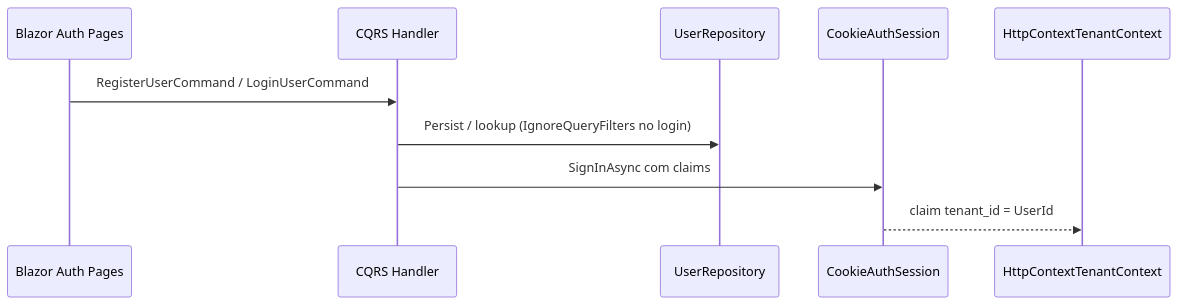
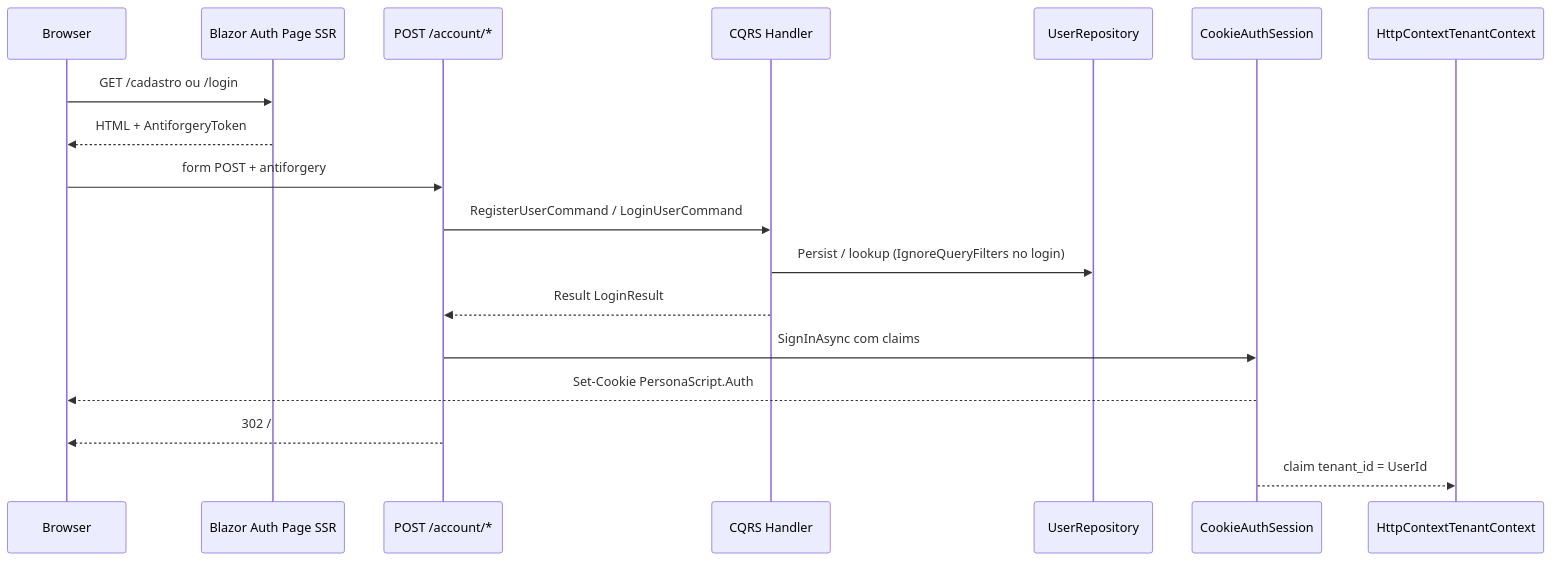
Before and after one commit to ronaldocestrela/CopyPersona: the second of 2 diagrams in docs/ARCHITECTURE.md, drawn with Mermaid. The commit also changed other lines of this file and 21 other files, not shown here.

Commit message:
refactor: migrate authentication pages to standard form endpoints and add support for integration testing

````diff
--- a/docs/ARCHITECTURE.md
+++ b/docs/ARCHITECTURE.md
@@ -54,13 +58,21 @@
 ```mermaid
 sequenceDiagram
-  participant UI as Blazor Auth Pages
+  participant Browser
+  participant Page as Blazor Auth Page SSR
+  participant Endpoint as POST /account/*
   participant Handler as CQRS Handler
   participant Repo as UserRepository
   participant Cookie as CookieAuthSession
   participant Tenant as HttpContextTenantContext
 
-  UI->>Handler: RegisterUserCommand / LoginUserCommand
+  Browser->>Page: GET /cadastro ou /login
+  Page-->>Browser: HTML + AntiforgeryToken
+  Browser->>Endpoint: form POST + antiforgery
+  Endpoint->>Handler: RegisterUserCommand / LoginUserCommand
   Handler->>Repo: Persist / lookup (IgnoreQueryFilters no login)
-  Handler->>Cookie: SignInAsync com claims
+  Handler-->>Endpoint: Result LoginResult
+  Endpoint->>Cookie: SignInAsync com claims
+  Cookie-->>Browser: Set-Cookie PersonaScript.Auth
+  Endpoint-->>Browser: 302 /
   Cookie-->>Tenant: claim tenant_id = UserId
 ```
````
